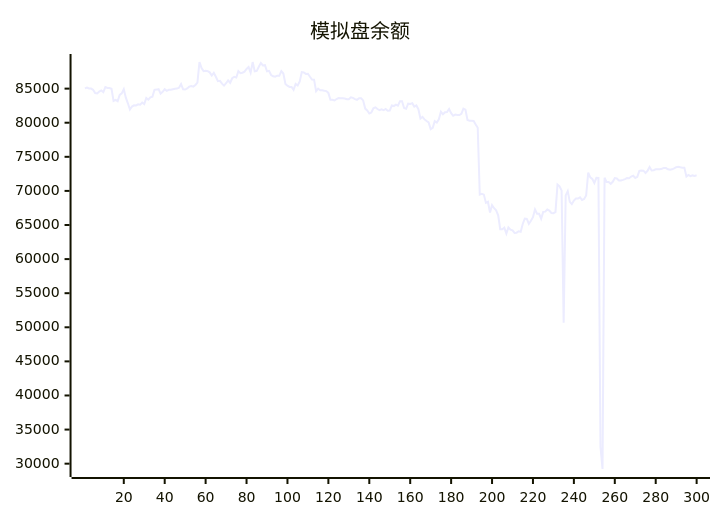
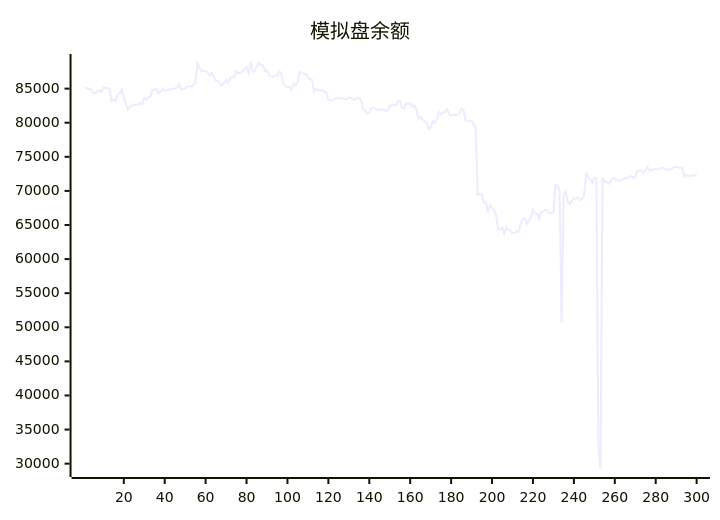
One commit to aahl/ai-trading changed the diagram in README.md. Above: the diagram before and after it, drawn with Mermaid. The commit also changed other lines of this file and 1 other file, not shown here.

````diff
--- a/README.md
+++ b/README.md
@@ -5,5 +5,5 @@
 ```mermaid
 xychart
     title "模拟盘余额"
-    line [85044,85164,85016,85008,84824,84354,84287,84572,84745,84500,85234,85096,85095,84970,83180,83338,83157,84070,84309,84922,83667,82850,81924,82369,82552,82539,82695,82648,82962,82728,83619,83378,83710,83825,84819,84854,84917,84265,84527,84919,84668,84834,84850,84916,84981,85004,85131,85674,84891,84864,85019,85284,85393,85294,85538,85894,88904,88012,87567,87625,87568,87386,86920,87313,86737,86094,86143,85725,85437,85787,86219,85859,86526,86740,86630,87563,87264,87335,87483,87886,88180,87335,88894,87544,87608,88207,88755,88401,88444,87543,87608,87000,86810,86740,86894,86884,87576,87209,85686,85435,85251,85255,84820,85689,85453,86066,87420,87373,87161,87178,86740,86341,86315,84643,85012,84772,84768,84690,84635,84376,83360,83357,83259,83474,83608,83606,83602,83548,83440,83454,83724,83644,83464,83365,83590,83592,83275,82072,81806,81344,81492,82109,82254,82006,81848,81955,81829,82022,81769,81776,82522,82441,82656,82498,83144,83144,82150,82038,82797,82763,82872,82367,82536,81981,80612,80862,80484,80242,80034,79063,79245,80226,80016,80507,81625,81233,81544,81578,82016,81401,81019,81186,81130,81118,81306,82066,81909,80392,80304,80291,80258,79729,79261,69466,69579,69456,68251,68415,66832,67911,67462,67144,66432,64380,64375,64606,63740,64647,64324,64216,63842,63877,64078,64008,65156,65945,65888,65157,65625,66144,67284,66653,66639,65924,66925,66956,67263,67108,66766,66729,66886,70927,70673,70049,50652,69334,69973,68400,68061,68578,68876,68879,69055,68662,68822,69329,72687,71999,71760,71162,71911,71896,32500,29218,71927,71297,71305,71044,71337,71883,71822,71536,71536,71622,71723,71880,71860,72100,72216,71887,72077,72940,72976,72966,72638,72948,73497,73004,73041,73173,73160,73186,73258,73375,73351,73173,73098,73161,73305,73474,73536,73457,73413,73412,72100,72333,72164,72272,72204,72285]
+    line [85164,85016,85008,84824,84354,84287,84572,84745,84500,85234,85096,85095,84970,83180,83338,83157,84070,84309,84922,83667,82850,81924,82369,82552,82539,82695,82648,82962,82728,83619,83378,83710,83825,84819,84854,84917,84265,84527,84919,84668,84834,84850,84916,84981,85004,85131,85674,84891,84864,85019,85284,85393,85294,85538,85894,88904,88012,87567,87625,87568,87386,86920,87313,86737,86094,86143,85725,85437,85787,86219,85859,86526,86740,86630,87563,87264,87335,87483,87886,88180,87335,88894,87544,87608,88207,88755,88401,88444,87543,87608,87000,86810,86740,86894,86884,87576,87209,85686,85435,85251,85255,84820,85689,85453,86066,87420,87373,87161,87178,86740,86341,86315,84643,85012,84772,84768,84690,84635,84376,83360,83357,83259,83474,83608,83606,83602,83548,83440,83454,83724,83644,83464,83365,83590,83592,83275,82072,81806,81344,81492,82109,82254,82006,81848,81955,81829,82022,81769,81776,82522,82441,82656,82498,83144,83144,82150,82038,82797,82763,82872,82367,82536,81981,80612,80862,80484,80242,80034,79063,79245,80226,80016,80507,81625,81233,81544,81578,82016,81401,81019,81186,81130,81118,81306,82066,81909,80392,80304,80291,80258,79729,79261,69466,69579,69456,68251,68415,66832,67911,67462,67144,66432,64380,64375,64606,63740,64647,64324,64216,63842,63877,64078,64008,65156,65945,65888,65157,65625,66144,67284,66653,66639,65924,66925,66956,67263,67108,66766,66729,66886,70927,70673,70049,50652,69334,69973,68400,68061,68578,68876,68879,69055,68662,68822,69329,72687,71999,71760,71162,71911,71896,32500,29218,71927,71297,71305,71044,71337,71883,71822,71536,71536,71622,71723,71880,71860,72100,72216,71887,72077,72940,72976,72966,72638,72948,73497,73004,73041,73173,73160,73186,73258,73375,73351,73173,73098,73161,73305,73474,73536,73457,73413,73412,72100,72333,72164,72272,72204,72285,72461]
 ```
````
